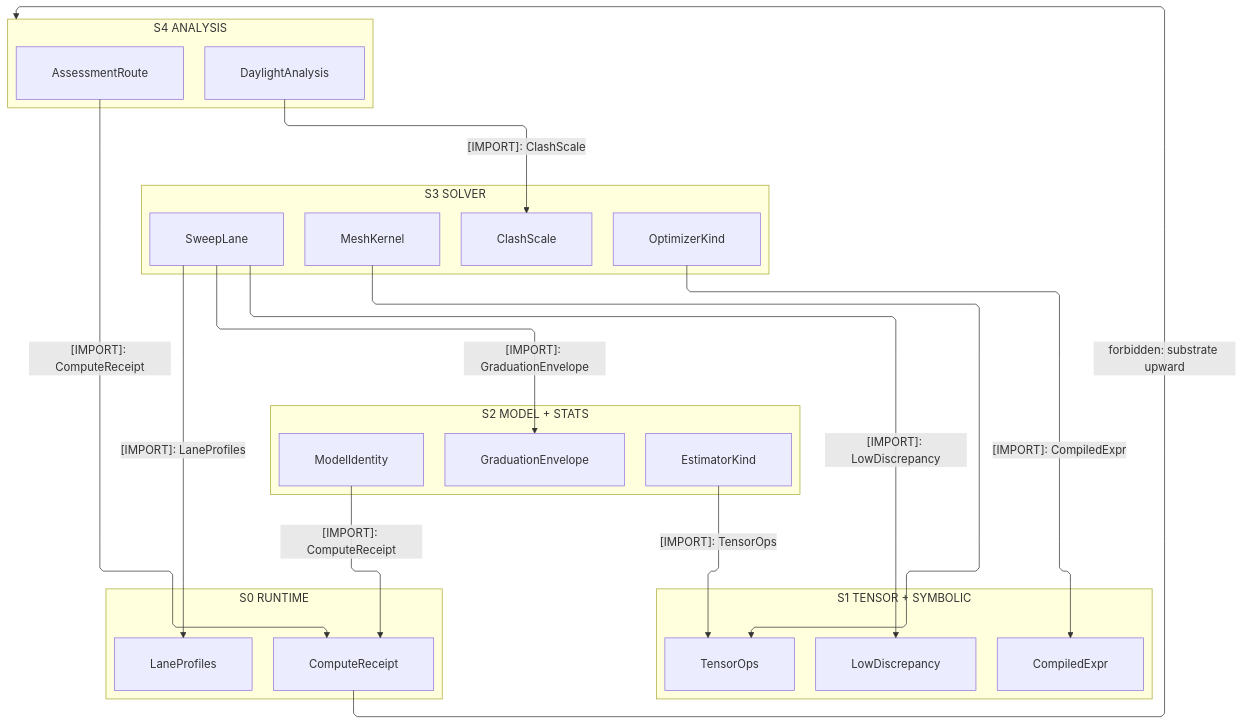
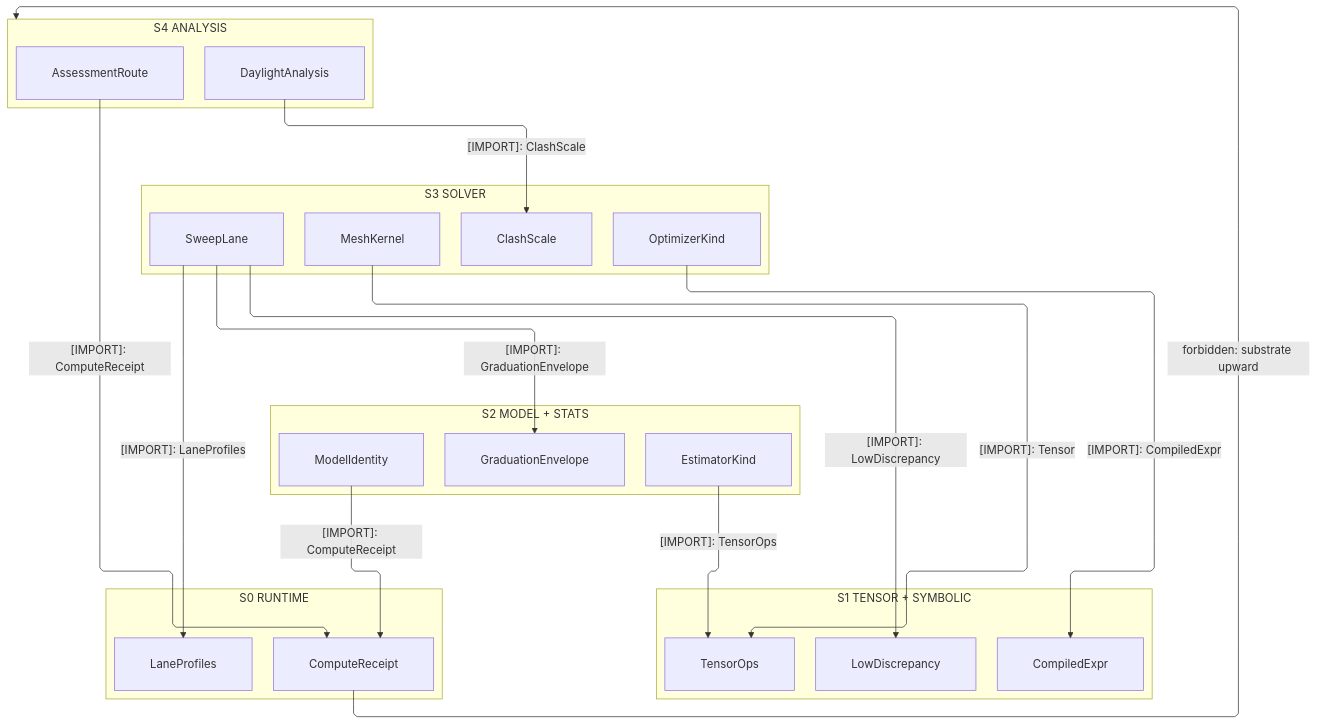
One commit to bsamiee/Rasm changed the first of 4 diagrams in libs/csharp/Rasm.Compute/ARCHITECTURE.md. Above: the diagram before and after it, drawn with Mermaid. The commit also changed other lines of this file and 115 other files, not shown here.

````diff
--- a/libs/csharp/Rasm.Compute/ARCHITECTURE.md
+++ b/libs/csharp/Rasm.Compute/ARCHITECTURE.md
@@ -84,46 +81,46 @@
 ```mermaid
 ---
 config:
   layout: elk
   flowchart:
     curve: linear
     padding: 25
 ---
 flowchart TB
     accTitle: Rasm.Compute interior strata
-    accDescr: Five stacked strata from the analysis rail through the solve spine, the model and stats stratum, and the tensor-symbolic peers onto the runtime substrate, every consumption edge downward and solid naming one sourced type, and one labeled forbidden upward edge.
+    accDescr: How the assessment rail composes the solver, model, numeric, and substrate ranks with no upward import.
     subgraph S4["S4 ANALYSIS"]
         Assessment[AssessmentRoute]
         Daylight[DaylightAnalysis]
     end
     subgraph S3["S3 SOLVER"]
         Sweep[SweepLane]
         Mesh[MeshKernel]
         Optimizer[OptimizerKind]
         Clash[ClashScale]
     end
     subgraph S2["S2 MODEL + STATS"]
         Envelope[GraduationEnvelope]
         Identity[ModelIdentity]
         Estimator[EstimatorKind]
     end
     subgraph S1["S1 TENSOR + SYMBOLIC"]
         Sampling[LowDiscrepancy]
         Ops[TensorOps]
         Compiled[CompiledExpr]
     end
     subgraph S0["S0 RUNTIME"]
         Receipt[ComputeReceipt]
         Lane[LaneProfiles]
     end
     Assessment e1@-->|"[IMPORT]: ComputeReceipt"| Receipt
     Daylight e2@-->|"[IMPORT]: ClashScale"| Clash
     Sweep e3@-->|"[IMPORT]: GraduationEnvelope"| Envelope
     Optimizer e4@-->|"[IMPORT]: CompiledExpr"| Compiled
     Sweep e5@-->|"[IMPORT]: LowDiscrepancy"| Sampling
     Estimator e6@-->|"[IMPORT]: TensorOps"| Ops
     Identity e7@-->|"[IMPORT]: ComputeReceipt"| Receipt
-    Mesh e8@--> Ops
+    Mesh e8@-->|"[IMPORT]: Tensor<T>"| Ops
     Sweep e9@-->|"[IMPORT]: LaneProfiles"| Lane
     Receipt f1@-->|"forbidden: substrate upward"| S4
 ```
````
